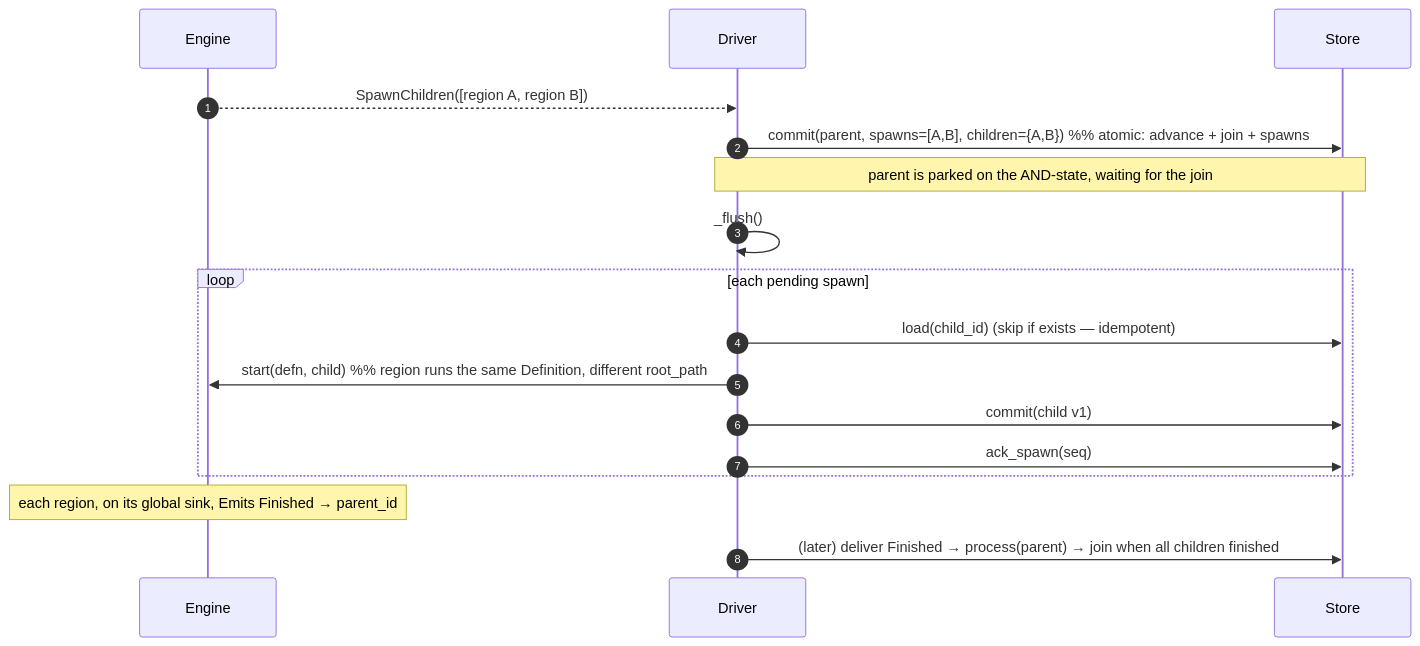
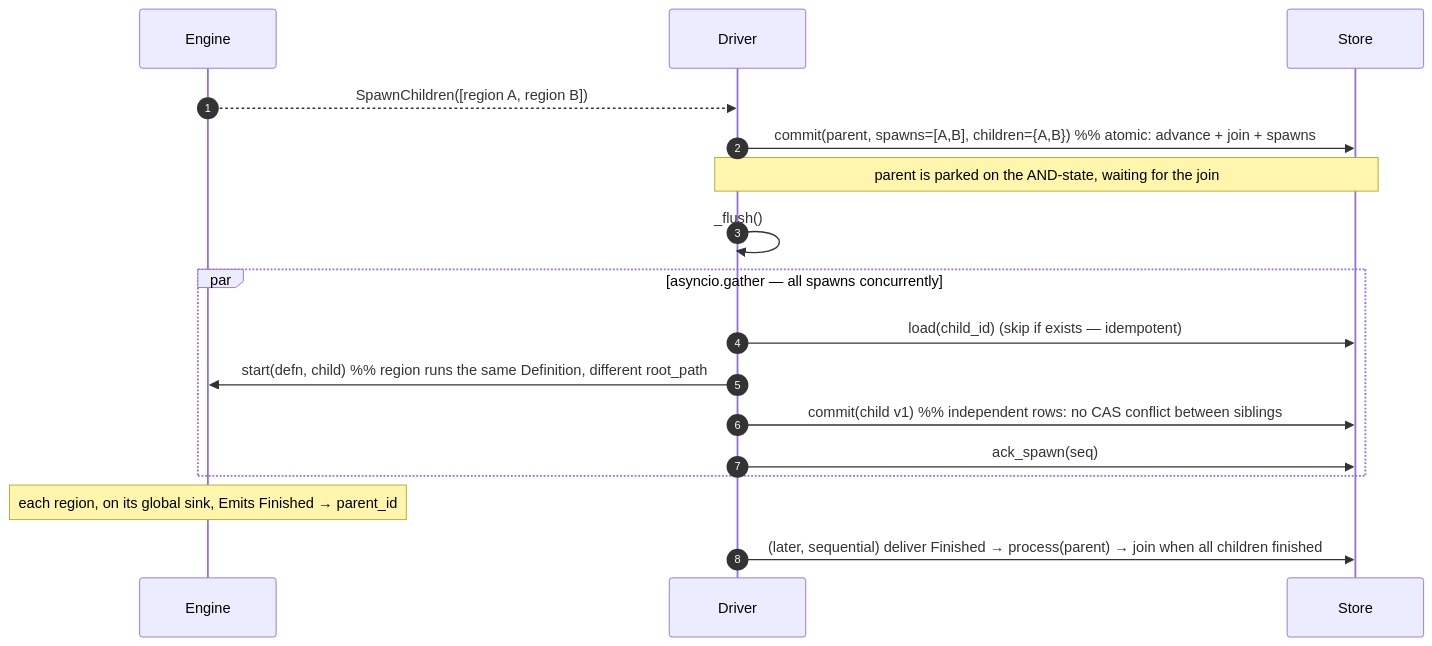
Before and after one commit to acasadom/harel: the fourth of 5 diagrams in docs/guide/architecture.md, drawn with Mermaid. The commit also changed other lines of this file and 1 other file, not shown here.

First line of the commit message:
docs: update architecture and distribution guides for concurrent spawns

````diff
--- a/docs/guide/architecture.md
+++ b/docs/guide/architecture.md
@@ -233,19 +237,19 @@
 ```{mermaid}
 sequenceDiagram
   autonumber
   participant E as Engine
   participant D as Driver
   participant S as Store
   E-->>D: SpawnChildren([region A, region B])
   D->>S: commit(parent, spawns=[A,B], children={A,B})   %% atomic: advance + join + spawns
   Note over D,S: parent is parked on the AND-state, waiting for the join
   D->>D: _flush()
-  loop each pending spawn
+  par asyncio.gather — all spawns concurrently
     D->>S: load(child_id)  (skip if exists — idempotent)
     D->>E: start(defn, child)   %% region runs the same Definition, different root_path
-    D->>S: commit(child v1)
+    D->>S: commit(child v1)     %% independent rows: no CAS conflict between siblings
     D->>S: ack_spawn(seq)
   end
   Note over E: each region, on its global sink, Emits Finished → parent_id
-  D->>S: (later) deliver Finished → process(parent) → join when all children finished
+  D->>S: (later, sequential) deliver Finished → process(parent) → join when all children finished
 ```
````
